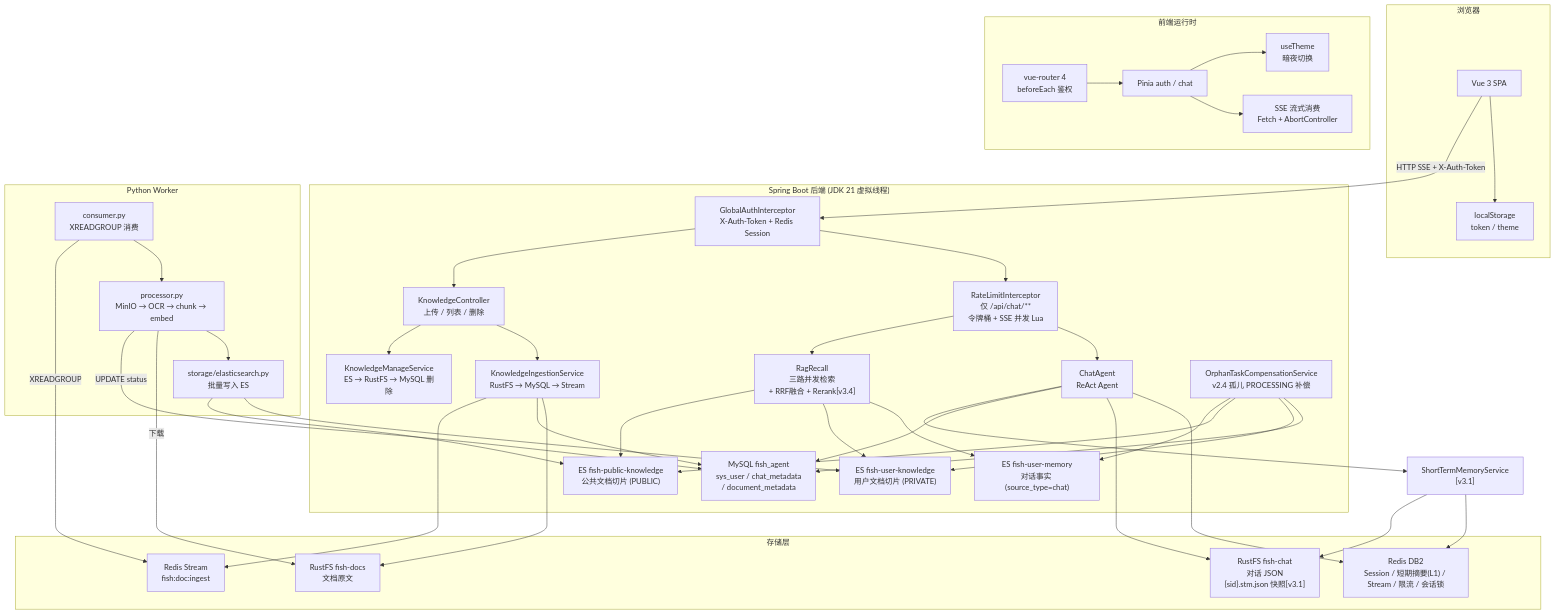
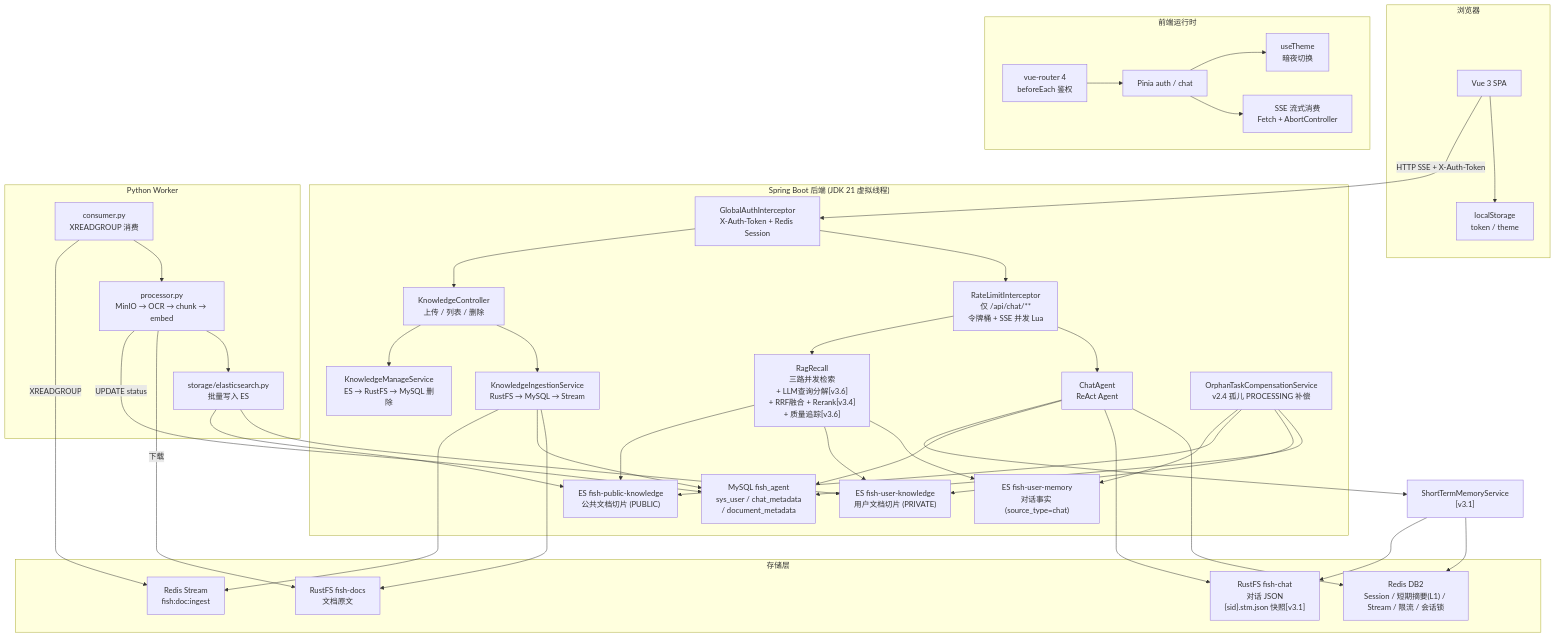
The first of 3 diagrams in document/v3/v3-全景文档-20260512.md (Yuyu123fish/Fish-Agent), drawn with Mermaid before and after one commit. The commit also changed other lines of this file and 38 other files, not shown here.

````diff
--- a/document/v3/v3-全景文档-20260512.md
+++ b/document/v3/v3-全景文档-20260512.md
@@ -40,65 +42,65 @@
 ```mermaid
 flowchart TB
     subgraph Browser["浏览器"]
         SPA["Vue 3 SPA"]
         LS["localStorage<br/>token / theme"]
         SPA --> LS
     end
 
     subgraph FE_Runtime["前端运行时"]
         Router["vue-router 4<br/>beforeEach 鉴权"]
         Pinia["Pinia auth / chat"]
         Theme["useTheme<br/>暗夜切换"]
         SSE["SSE 流式消费<br/>Fetch + AbortController"]
         Router --> Pinia
         Pinia --> Theme & SSE
     end
 
     subgraph BE["Spring Boot 后端 (JDK 21 虚拟线程)"]
         AuthInt["GlobalAuthInterceptor<br/>X-Auth-Token + Redis Session"]
         RateLim["RateLimitInterceptor<br/>仅 /api/chat/**<br/>令牌桶 + SSE 并发 Lua"]
         Agent["ChatAgent<br/>ReAct Agent"]
-        RAG["RagRecall<br/>三路并发检索<br/>+ RRF融合 + Rerank[v3.4]"]
+        RAG["RagRecall<br/>三路并发检索<br/>+ LLM查询分解[v3.6]<br/>+ RRF融合 + Rerank[v3.4]<br/>+ 质量追踪[v3.6]"]
         KCtl["KnowledgeController<br/>上传 / 列表 / 删除"]
         KIngest["KnowledgeIngestionService<br/>RustFS → MySQL → Stream"]
         KManage["KnowledgeManageService<br/>ES → RustFS → MySQL 删除"]
         Orphan["OrphanTaskCompensationService<br/>v2.4 孤儿 PROCESSING 补偿"]
         AuthInt --> RateLim --> Agent & RAG
         AuthInt --> KCtl
         KCtl --> KIngest & KManage
         Orphan --> MySQL
         Orphan --> ES_UserK
         Orphan --> ES_Pub
         Orphan --> ES_Mem
     end
 
     subgraph Storage["存储层"]
         Redis["Redis DB2<br/>Session / 短期摘要(L1) / Stream / 限流 / 会话锁"]
         MySQL["MySQL fish_agent<br/>sys_user / chat_metadata<br/>/ document_metadata"]
         RustFS_Chat["RustFS fish-chat<br/>对话 JSON<br/>{sid}.stm.json 快照[v3.1]"]
         RustFS_Docs["RustFS fish-docs<br/>文档原文"]
         ES_Mem["ES fish-user-memory<br/>对话事实 (source_type=chat)"]
         ES_UserK["ES fish-user-knowledge<br/>用户文档切片 (PRIVATE)"]
         ES_Pub["ES fish-public-knowledge<br/>公共文档切片 (PUBLIC)"]
         Stream["Redis Stream<br/>fish:doc:ingest"]
     end
 
     subgraph PythonWorker["Python Worker"]
         Consumer["consumer.py<br/>XREADGROUP 消费"]
         Processor["processor.py<br/>MinIO → OCR → chunk → embed"]
         ESWriter["storage/elasticsearch.py<br/>批量写入 ES"]
         Consumer --> Processor --> ESWriter
     end
 
     SPA -->|"HTTP SSE + X-Auth-Token"| AuthInt
     KIngest --> RustFS_Docs & MySQL & Stream
     Consumer -->|"XREADGROUP"| Stream
     Processor -->|"下载"| RustFS_Docs
     ESWriter --> ES_UserK & ES_Pub
     Processor -->|"UPDATE status"| MySQL
     RAG --> ES_Mem & ES_UserK & ES_Pub
     Agent --> Redis & RustFS_Chat & MySQL
     SVC["ShortTermMemoryService<br/>[v3.1]"]
     SVC --> Redis & RustFS_Chat
     Agent --> SVC
 ```
````
